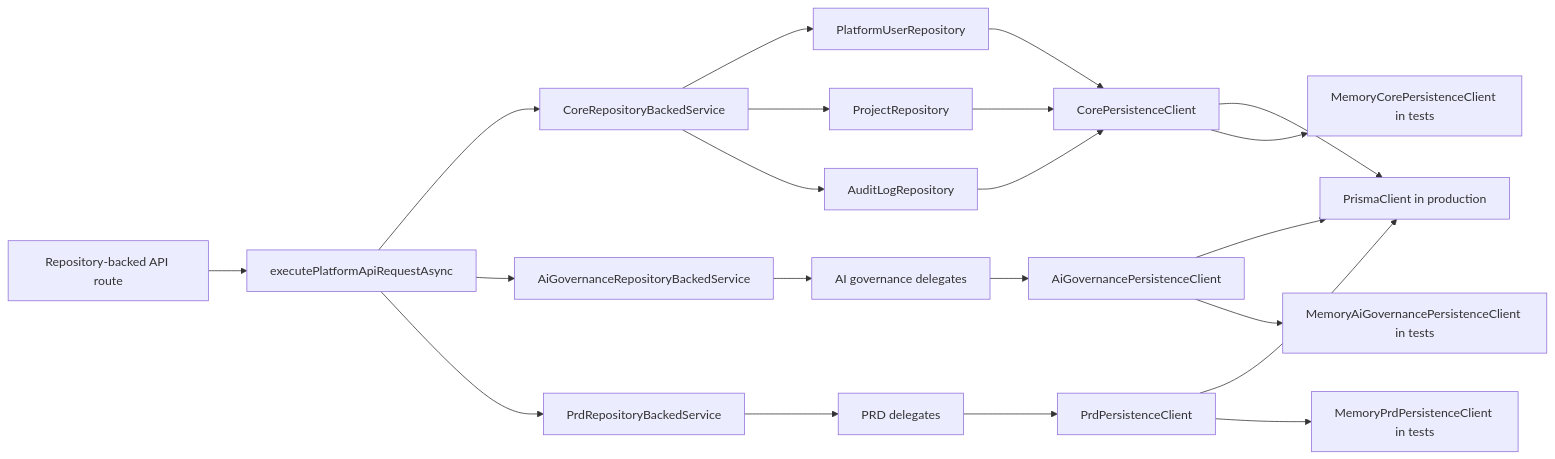
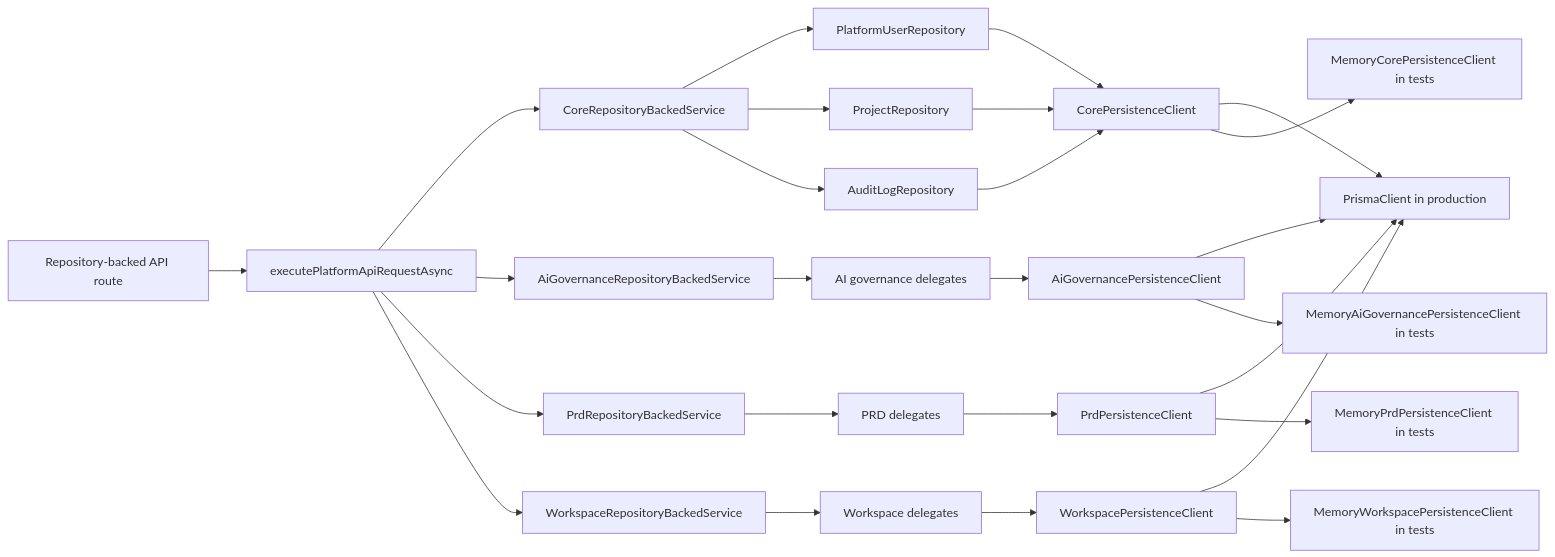
One commit to horizonxlabs/horizon changed the diagram in docs/operations/real-mvp-persistence.md. Above: the diagram before and after it, drawn with Mermaid. The commit also changed other lines of this file and 6 other files, not shown here.

````diff
--- a/docs/operations/real-mvp-persistence.md
+++ b/docs/operations/real-mvp-persistence.md
@@ -20,23 +21,28 @@
 ```mermaid
 flowchart LR
   A["Repository-backed API route"] --> B["executePlatformApiRequestAsync"]
   B --> C["CoreRepositoryBackedService"]
   B --> J["AiGovernanceRepositoryBackedService"]
   B --> N["PrdRepositoryBackedService"]
+  B --> R["WorkspaceRepositoryBackedService"]
   C --> D["PlatformUserRepository"]
   C --> E["ProjectRepository"]
   C --> F["AuditLogRepository"]
   J --> K["AI governance delegates"]
   N --> O["PRD delegates"]
+  R --> S["Workspace delegates"]
   D --> G["CorePersistenceClient"]
   E --> G
   F --> G
   K --> L["AiGovernancePersistenceClient"]
   O --> P["PrdPersistenceClient"]
+  S --> T["WorkspacePersistenceClient"]
   G --> H["PrismaClient in production"]
   G --> I["MemoryCorePersistenceClient in tests"]
   L --> H
   L --> M["MemoryAiGovernancePersistenceClient in tests"]
   P --> H
   P --> Q["MemoryPrdPersistenceClient in tests"]
+  T --> H
+  T --> U["MemoryWorkspacePersistenceClient in tests"]
 ```
````
